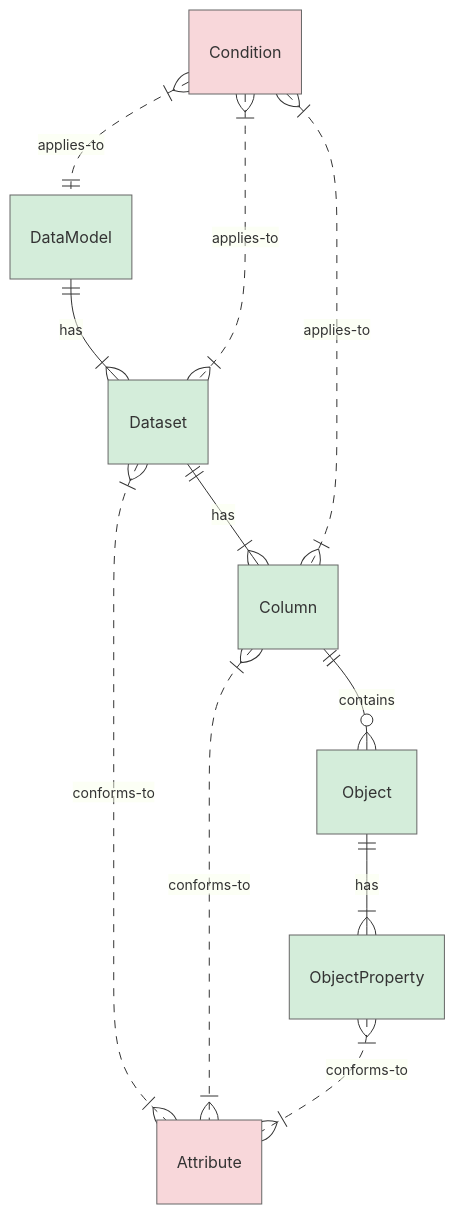
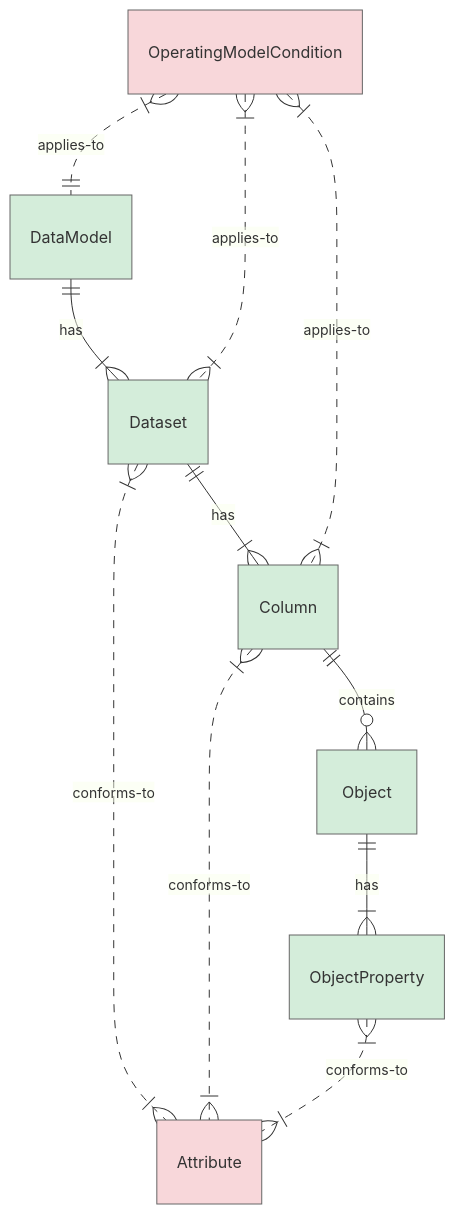
The diagram in guidelines/contributors/normative-requirements-guidelines.md (FinOps-Open-Cost-and-Usage-Spec/FOCUS_Spec), drawn with Mermaid before and after one commit. The commit also changed other lines of this file and 159 other files, not shown here.

````diff
--- a/guidelines/contributors/normative-requirements-guidelines.md
+++ b/guidelines/contributors/normative-requirements-guidelines.md
@@ -63,26 +63,26 @@
 ```mermaid
 erDiagram
 DataModel ||--|{ Dataset : has
 Dataset ||--|{ Column : has
 Column ||--o{ Object : contains
 Object ||--|{ ObjectProperty : has
 
-Condition }|..|| DataModel : applies-to
-Condition }|..|{ Dataset : applies-to
-Condition }|..|{ Column : applies-to
+OperatingModelCondition }|..|| DataModel : applies-to
+OperatingModelCondition }|..|{ Dataset : applies-to
+OperatingModelCondition }|..|{ Column : applies-to
 
 Dataset }|..|{ Attribute : conforms-to
 Column }|..|{ Attribute : conforms-to
 ObjectProperty }|..|{ Attribute : conforms-to
 
 %% Normative reusable entities
 style Attribute fill:#f8d7da,stroke:#666,stroke-width:1px
-style Condition fill:#f8d7da,stroke:#666,stroke-width:1px
+style OperatingModelCondition fill:#f8d7da,stroke:#666,stroke-width:1px
 
 %% Schema-level entities
 style DataModel fill:#d4edda,stroke:#666,stroke-width:1px
 style Dataset fill:#d4edda,stroke:#666,stroke-width:1px
 style Column fill:#d4edda,stroke:#666,stroke-width:1px
 style Object fill:#d4edda,stroke:#666,stroke-width:1px
 style ObjectProperty fill:#d4edda,stroke:#666,stroke-width:1px
 ```
````
